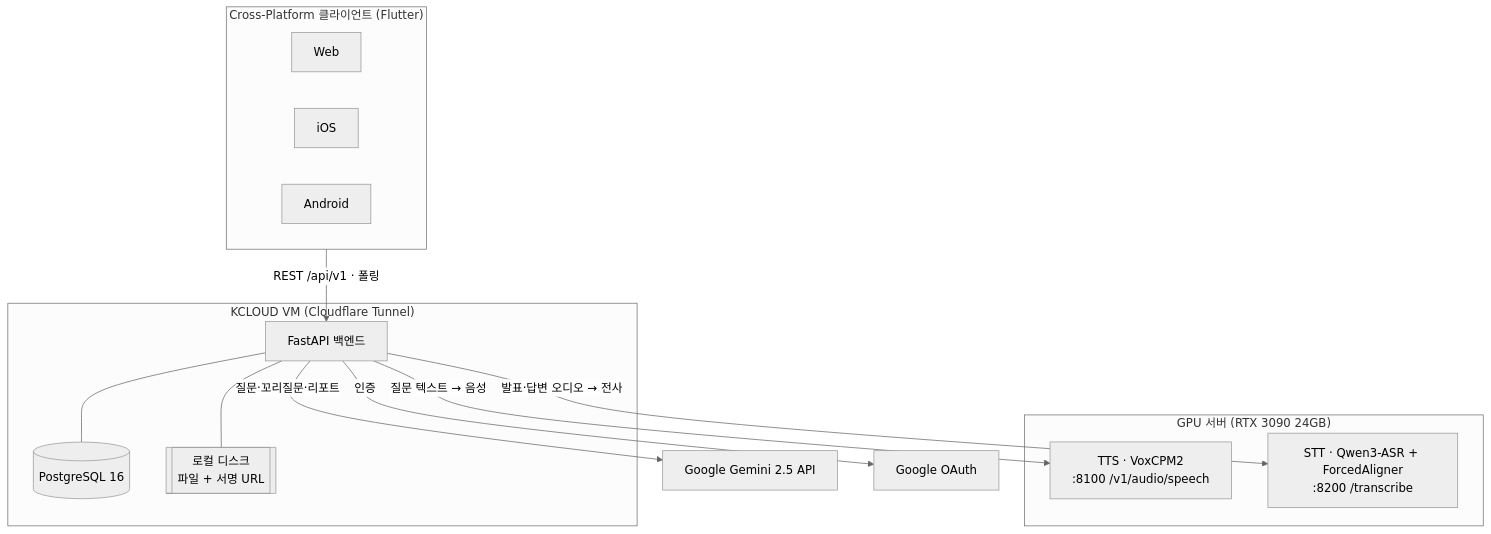
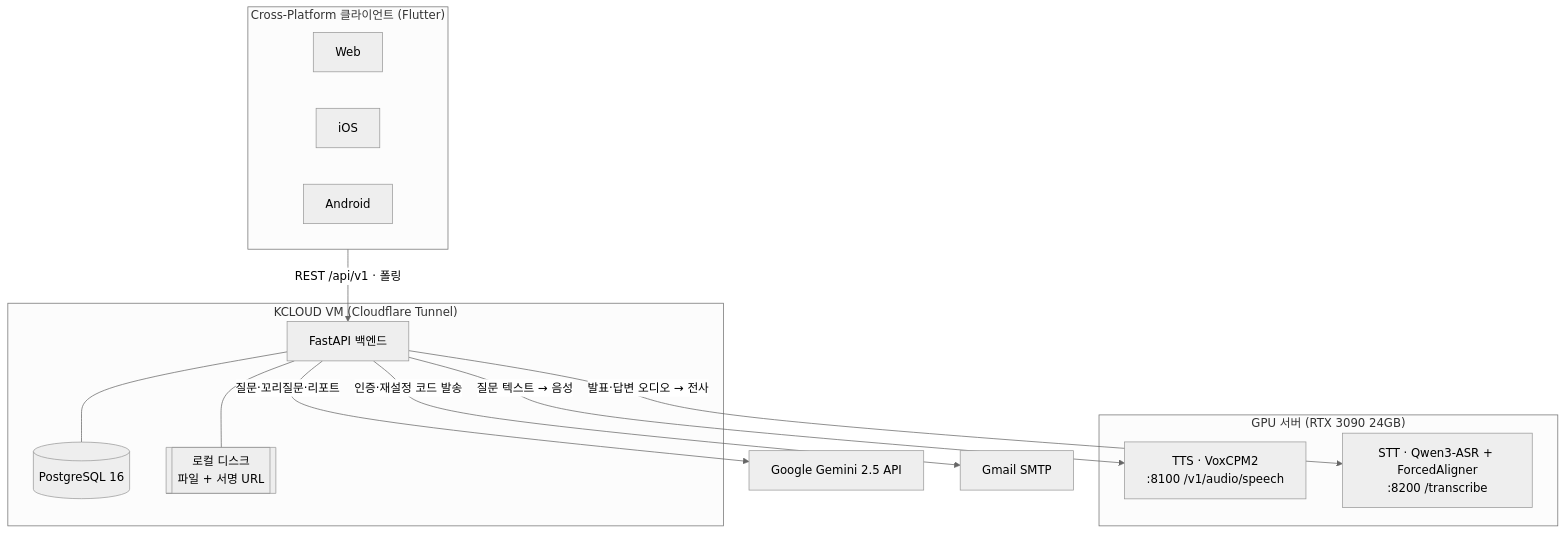
Before and after one commit to madcamp-official/26s-w2-c1-02: the diagram in README.md, drawn with Mermaid (neutral theme). The commit also changed other lines of this file, not shown here.

Commit message:
docs: 소셜 로그인, SMTP 수정

````diff
--- a/README.md
+++ b/README.md
@@ -99,29 +100,29 @@
 ```mermaid
 flowchart TD
     subgraph Client["Cross-Platform 클라이언트 (Flutter)"]
         WEB[Web]
         IOS[iOS]
         AND[Android]
     end
 
     Client -->|REST /api/v1 · 폴링| BE
 
     subgraph VM["KCLOUD VM (Cloudflare Tunnel)"]
         BE[FastAPI 백엔드]
         DB[(PostgreSQL 16)]
         FS[[로컬 디스크<br/>파일 + 서명 URL]]
         BE --- DB
         BE --- FS
     end
 
     BE -->|질문·꼬리질문·리포트| GEM[Google Gemini 2.5 API]
-    BE -->|인증| OAUTH[Google OAuth]
+    BE -->|인증·재설정 코드 발송| SMTP[Gmail SMTP]
 
     subgraph GPU["GPU 서버 (RTX 3090 24GB)"]
         TTS[TTS · VoxCPM2<br/>:8100 /v1/audio/speech]
         STT[STT · Qwen3-ASR + ForcedAligner<br/>:8200 /transcribe]
     end
 
     BE -->|질문 텍스트 → 음성| TTS
     BE -->|발표·답변 오디오 → 전사| STT
 ```
````
